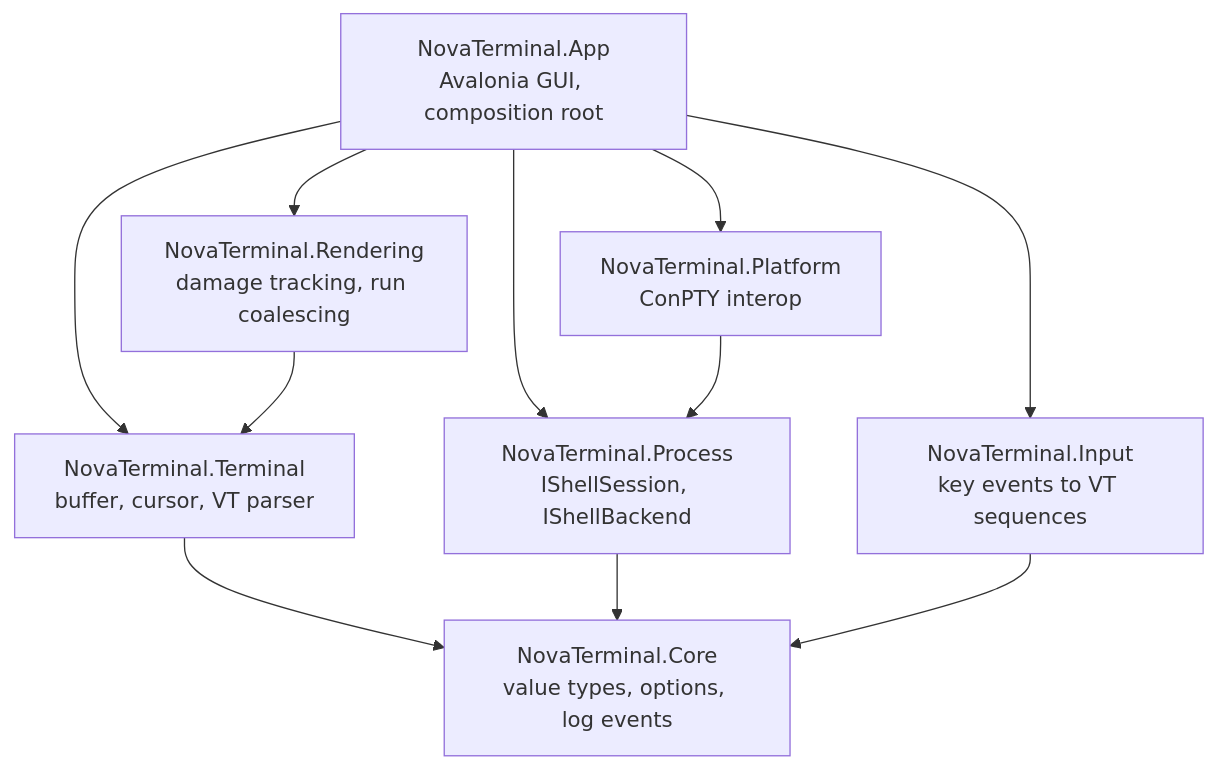
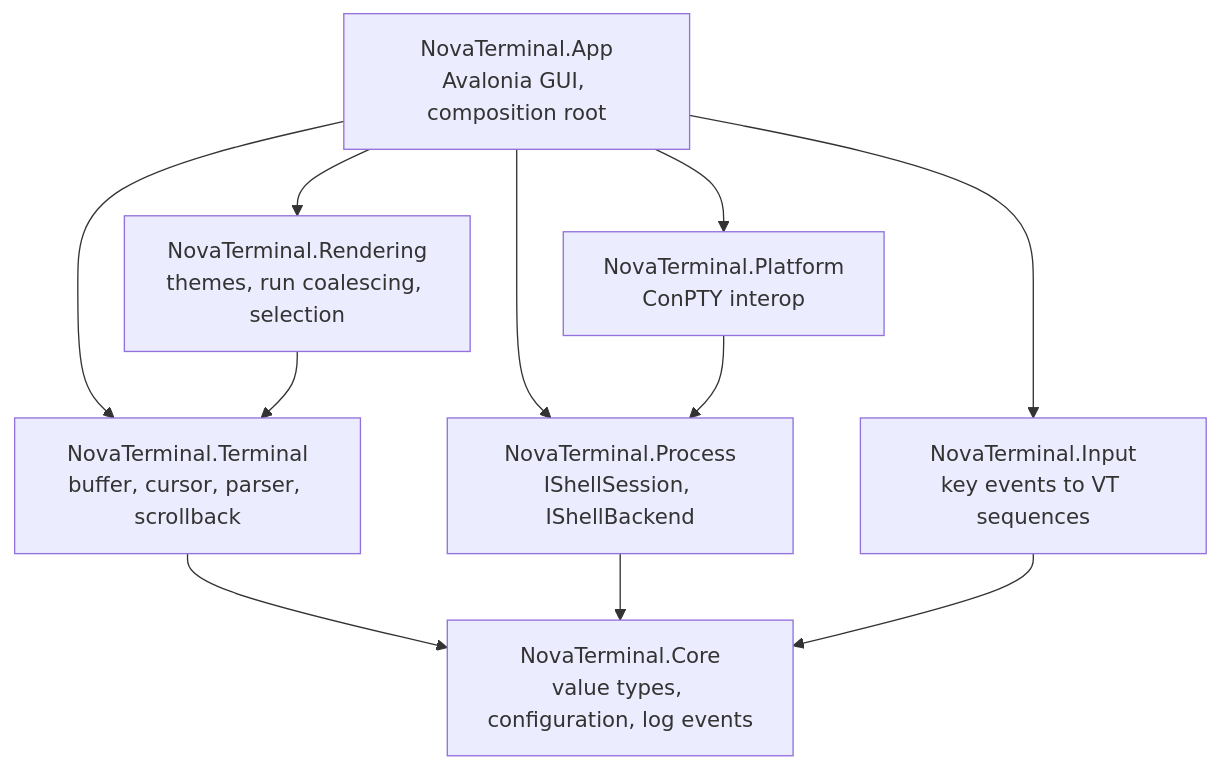
Before and after one commit to GuyKershtein/NovaTerminal: the first of 3 diagrams in README.md, drawn with Mermaid. The commit also changed other lines of this file and 27 other files, not shown here.

First line of the commit message:
Add configuration, themes, benchmarks, fuzz tests and release workflow

````diff
--- a/README.md
+++ b/README.md
@@ -66,21 +63,21 @@
 ```mermaid
 graph TD
     App[NovaTerminal.App<br/>Avalonia GUI, composition root]
-    Rendering[NovaTerminal.Rendering<br/>damage tracking, run coalescing]
+    Rendering[NovaTerminal.Rendering<br/>themes, run coalescing, selection]
     Input[NovaTerminal.Input<br/>key events to VT sequences]
     Platform[NovaTerminal.Platform<br/>ConPTY interop]
     Process[NovaTerminal.Process<br/>IShellSession, IShellBackend]
-    Terminal[NovaTerminal.Terminal<br/>buffer, cursor, VT parser]
-    Core[NovaTerminal.Core<br/>value types, options, log events]
+    Terminal[NovaTerminal.Terminal<br/>buffer, cursor, parser, scrollback]
+    Core[NovaTerminal.Core<br/>value types, configuration, log events]
 
     App --> Rendering
     App --> Input
     App --> Platform
     App --> Process
     App --> Terminal
     Rendering --> Terminal
     Platform --> Process
     Terminal --> Core
     Process --> Core
     Input --> Core
 ```
````
